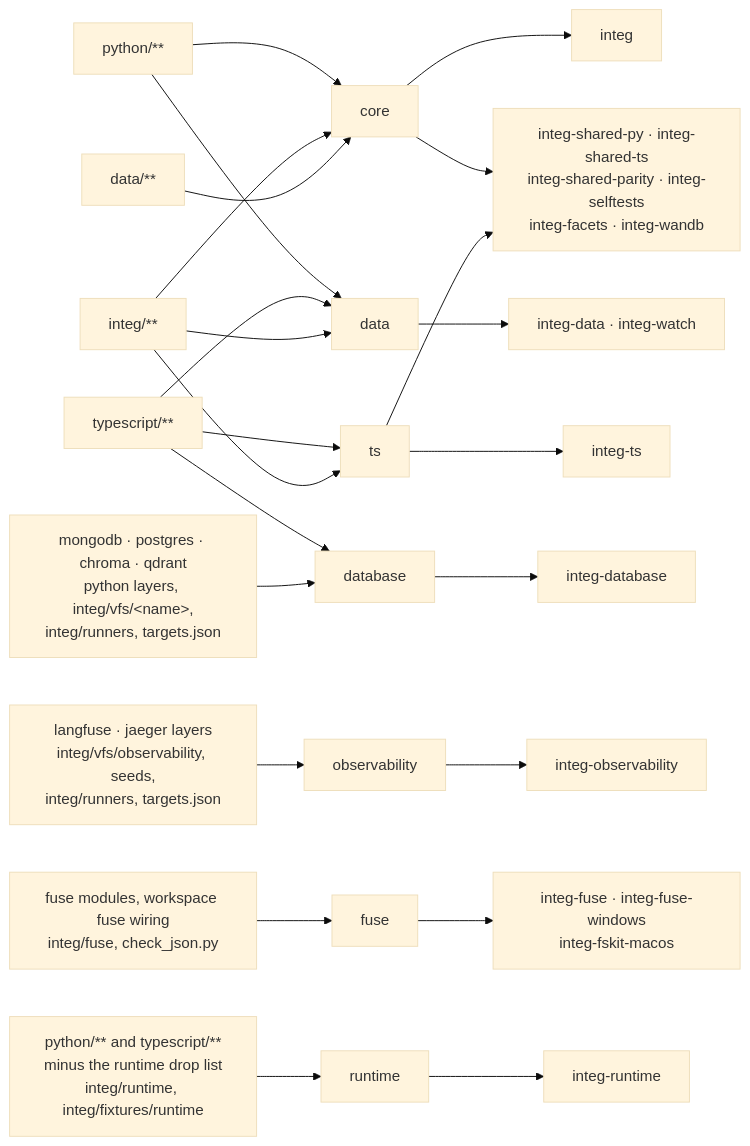
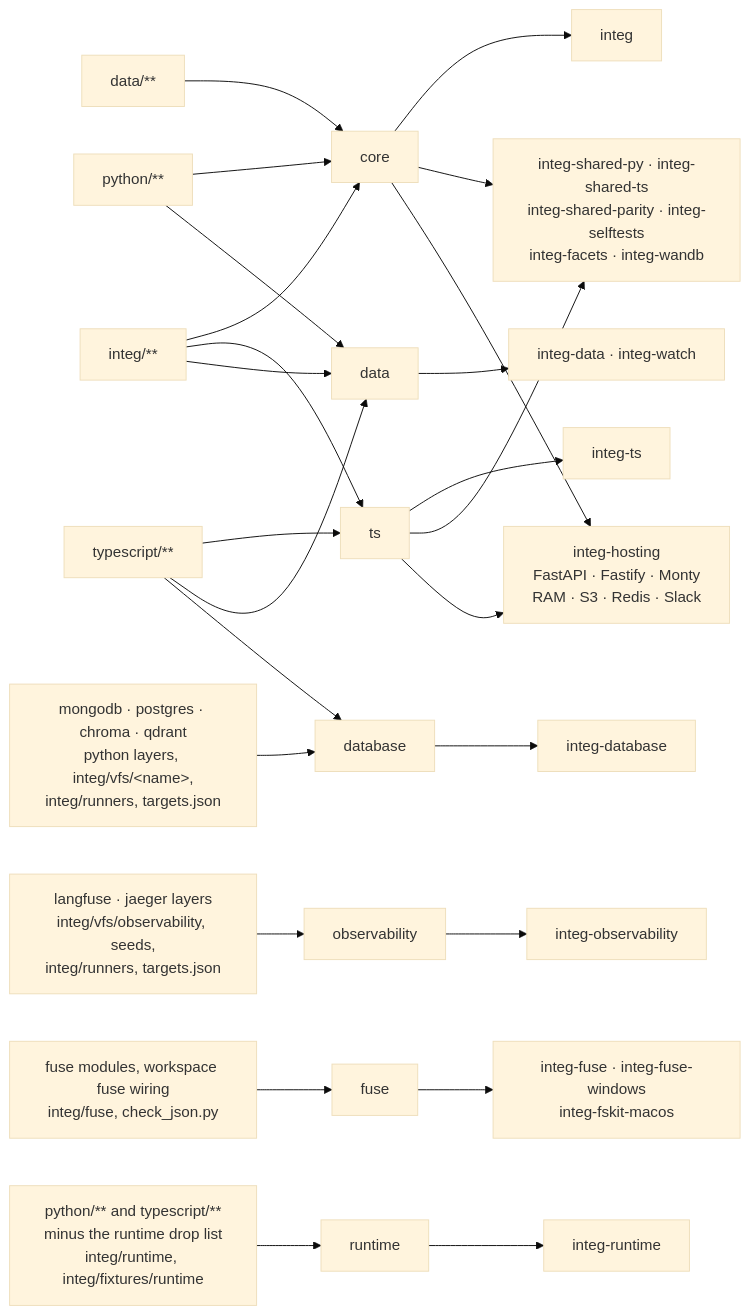
Before and after one commit to C1-BA-B1-F3/mirage: the diagram in integ/README.md, drawn with Mermaid (base theme). The commit also changed other lines of this file and 76 other files, not shown here.

````diff
--- a/integ/README.md
+++ b/integ/README.md
@@ -83,19 +83,20 @@
 ```mermaid
 flowchart LR
     PY["python/**"] --> core & data
     TSX["typescript/**"] --> ts & data & database
     IN["integ/**"] --> core & ts & data
     D["data/**"] --> core
     DB["mongodb · postgres · chroma · qdrant<br/>python layers, integ/vfs/&lt;name&gt;,<br/>integ/runners, targets.json"] --> database
     OB["langfuse · jaeger layers<br/>integ/vfs/observability, seeds,<br/>integ/runners, targets.json"] --> observability
     FS["fuse modules, workspace fuse wiring<br/>integ/fuse, check_json.py"] --> fuse
     RT["python/** and typescript/**<br/>minus the runtime drop list<br/>integ/runtime, integ/fixtures/runtime"] --> runtime
     core --> J1["integ"]
     ts --> J2["integ-ts"]
     core & ts --> J3["integ-shared-py · integ-shared-ts<br/>integ-shared-parity · integ-selftests<br/>integ-facets · integ-wandb"]
+    core & ts --> HOST["integ-hosting<br/>FastAPI · Fastify · Monty<br/>RAM · S3 · Redis · Slack"]
     data --> J4["integ-data · integ-watch"]
     database --> J5["integ-database"]
     observability --> J6["integ-observability"]
     fuse --> J7["integ-fuse · integ-fuse-windows<br/>integ-fskit-macos"]
     runtime --> J8["integ-runtime"]
 ```
````
